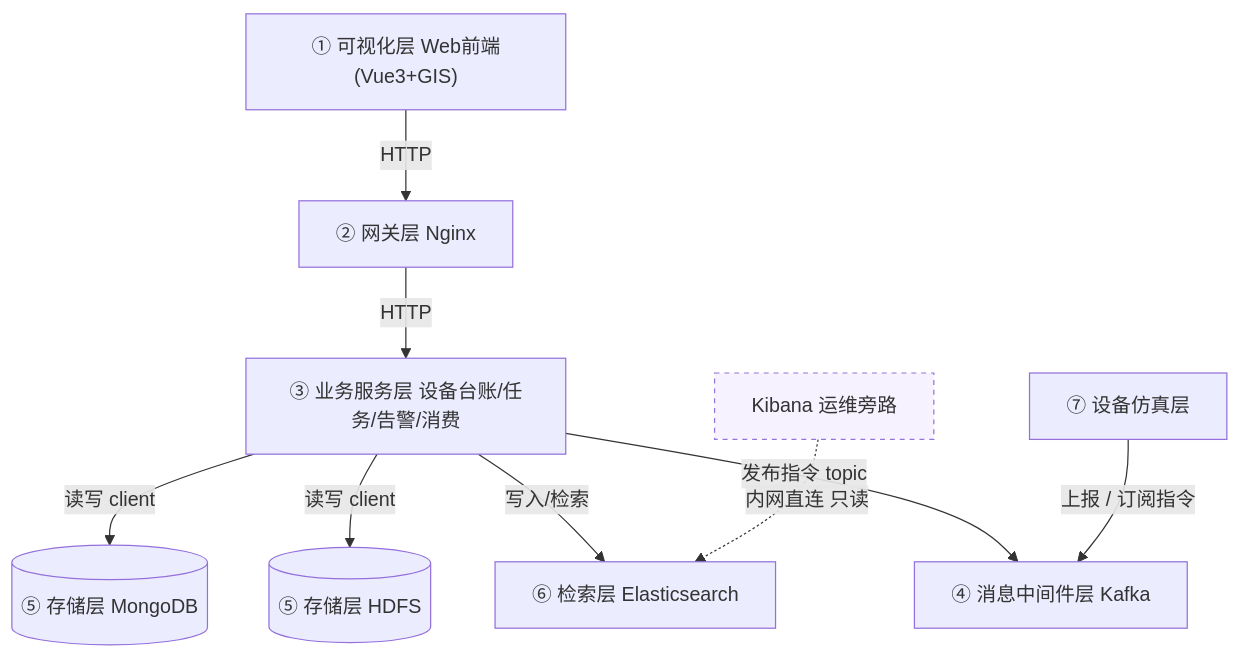
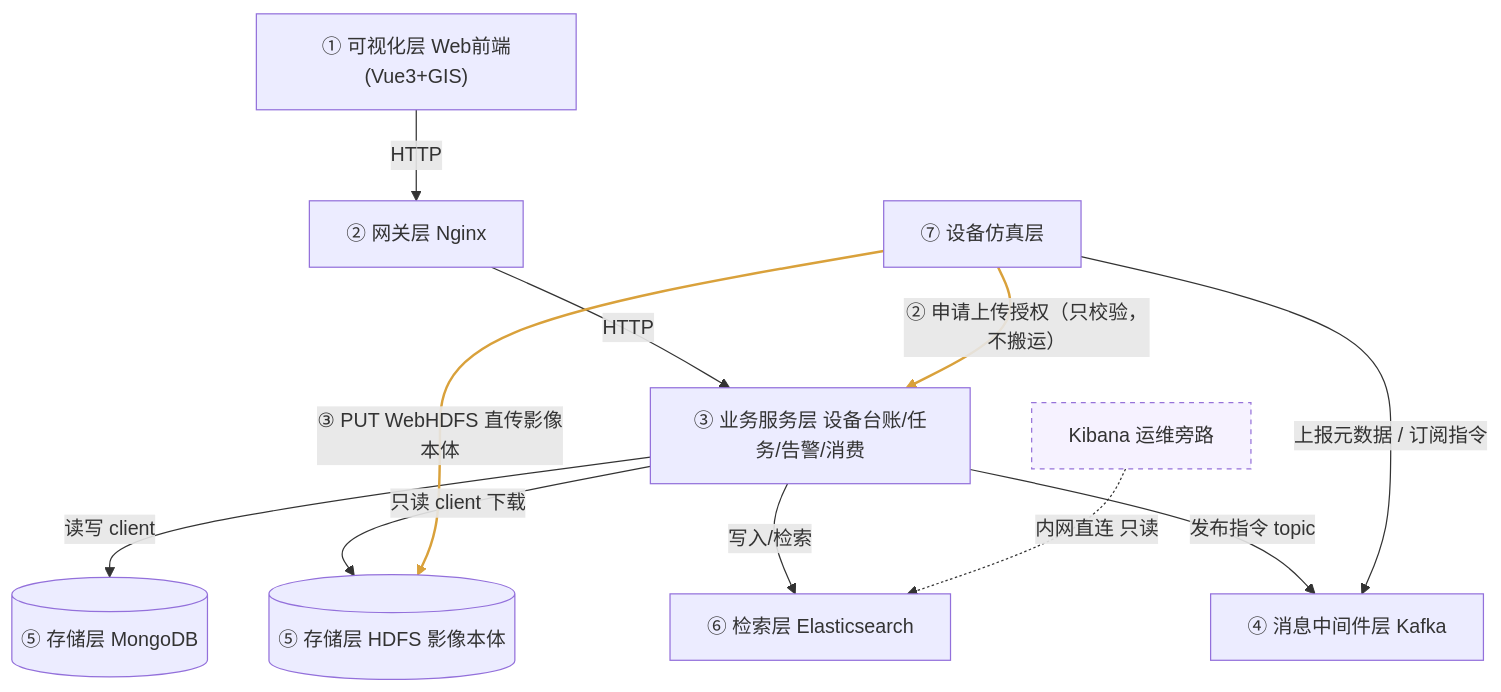
Before and after one commit to heziherz/uav-robot-inspection-platform: the second of 7 diagrams in doc/架构分析/架构图详解.md, drawn with Mermaid. The commit also changed other lines of this file and 54 other files, not shown here.

````diff
--- a/doc/架构分析/架构图详解.md
+++ b/doc/架构分析/架构图详解.md
@@ -111,23 +121,26 @@
 ```mermaid
 flowchart TD
     WEB["① 可视化层 Web前端(Vue3+GIS)"]
     GW["② 网关层 Nginx"]
     BIZ["③ 业务服务层 设备台账/任务/告警/消费"]
     MQ["④ 消息中间件层 Kafka"]
     DB[("⑤ 存储层 MongoDB")]
-    FS[("⑤ 存储层 HDFS")]
+    FS[("⑤ 存储层 HDFS 影像本体")]
     ES["⑥ 检索层 Elasticsearch"]
     SIM["⑦ 设备仿真层"]
     KIB["Kibana 运维旁路"]
 
     WEB -->|HTTP| GW
     GW -->|HTTP| BIZ
     BIZ -->|读写 client| DB
-    BIZ -->|读写 client| FS
+    BIZ -->|只读 client 下载| FS
     BIZ -->|写入/检索| ES
     BIZ -->|发布指令 topic| MQ
-    SIM -->|上报 / 订阅指令| MQ
+    SIM -->|上报元数据 / 订阅指令| MQ
+    SIM -->|"② 申请上传授权（只校验，不搬运）"| BIZ
+    SIM ==>|"③ PUT WebHDFS 直传影像本体"| FS
     KIB -.->|内网直连 只读| ES
 
     style KIB fill:#f6f2ff,stroke:#9673d9,stroke-dasharray: 4 4
+    linkStyle 7,8 stroke:#d9a13b,stroke-width:2px
 ```
````
